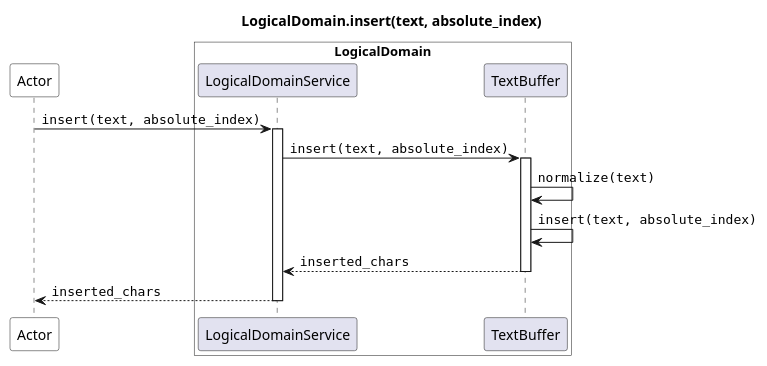
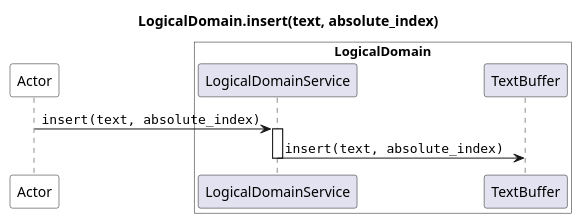
One commit to JoeRittiner/TextEngine changed the diagram in docs/source/specs/architecture/diagrams/sequence/seq_insert_logical.puml. Above: the diagram before and after it, drawn with PlantUML. The commit also changed 12 other files, not shown here.

```diff
--- a/docs/source/specs/architecture/diagrams/sequence/seq_insert_logical.puml
+++ b/docs/source/specs/architecture/diagrams/sequence/seq_insert_logical.puml
@@ -1,20 +1,16 @@
 @startuml
 
 title LogicalDomain.insert(text, absolute_index)
 
 participant Actor as app #white
 box "LogicalDomain" #white
     participant LogicalDomainService as LS
     participant TextBuffer as TB
 end box
 
 app -> LS : ""insert(text, absolute_index)""
 activate LS
     LS -> TB : ""insert(text, absolute_index)""
-    activate TB
-        TB -> TB : ""normalize(text)""
-        TB -> TB : ""insert(text, absolute_index)""
-        return ""inserted_chars""
-    return ""inserted_chars""
+    deactivate LS
 
 @enduml
```
